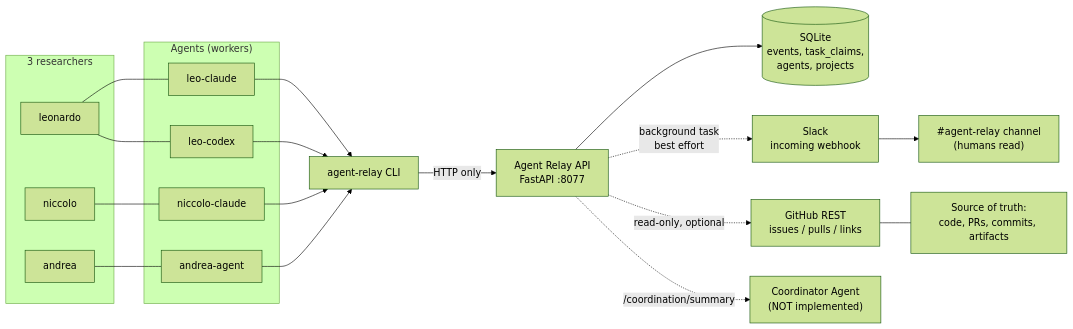
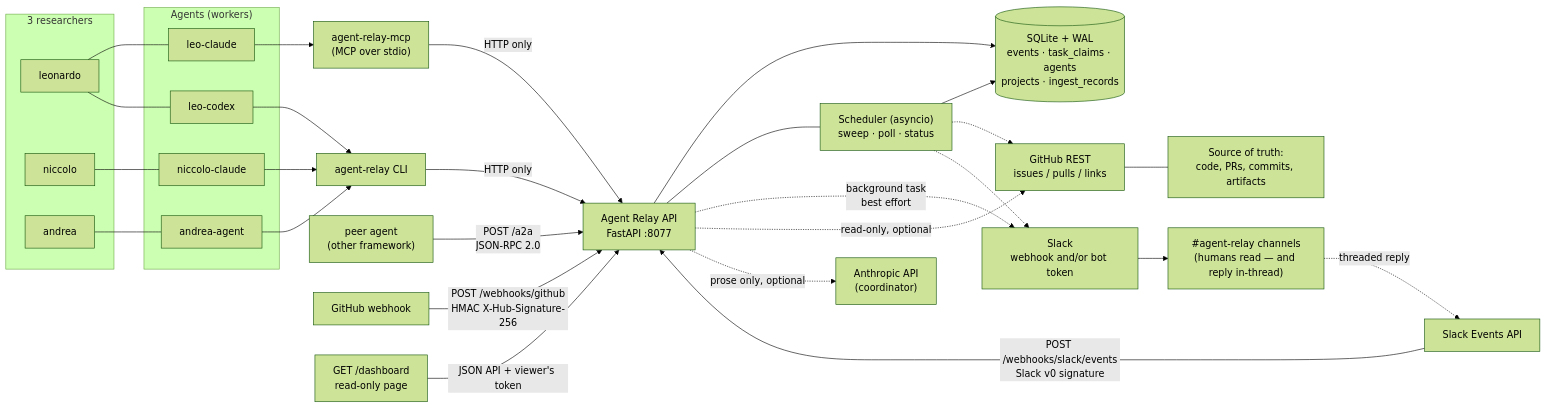
Before and after one commit to Pampaj7/agent-coordination-hub: the first of 4 diagrams in docs/ARCHITECTURE.md, drawn with Mermaid (forest theme). The commit also changed other lines of this file and 28 other files, not shown here.

````diff
--- a/docs/ARCHITECTURE.md
+++ b/docs/ARCHITECTURE.md
@@ -39,39 +46,54 @@
 ```mermaid
 flowchart LR
     subgraph Humans["3 researchers"]
         L["leonardo"]
         N["niccolo"]
         A["andrea"]
     end
 
     subgraph Agents["Agents (workers)"]
         LC["leo-claude"]
         LX["leo-codex"]
         NC["niccolo-claude"]
         AA["andrea-agent"]
     end
 
     L --- LC
     L --- LX
     N --- NC
     A --- AA
 
     CLI["agent-relay CLI"]
+    MCPS["agent-relay-mcp<br/>(MCP over stdio)"]
 
-    LC --> CLI
+    LC --> MCPS
     LX --> CLI
     NC --> CLI
     AA --> CLI
 
-    CLI -->|"HTTP only"| API["Agent Relay API<br/>FastAPI :8077"]
+    CLI -->|"HTTP only"| API
+    MCPS -->|"HTTP only"| API
+    PEER["peer agent<br/>(other framework)"] -->|"POST /a2a<br/>JSON-RPC 2.0"| API
 
-    API --> DB[("SQLite<br/>events, task_claims,<br/>agents, projects")]
-    API -.->|"background task<br/>best effort"| SLACK["Slack<br/>incoming webhook"]
+    API["Agent Relay API<br/>FastAPI :8077"]
+    API --> DB[("SQLite + WAL<br/>events · task_claims · agents<br/>projects · ingest_records")]
+
+    GHW["GitHub webhook"] -->|"POST /webhooks/github<br/>HMAC X-Hub-Signature-256"| API
+    SLW["Slack Events API"] -->|"POST /webhooks/slack/events<br/>Slack v0 signature"| API
+
+    SCHED["Scheduler (asyncio)<br/>sweep · poll · status"]
+    API --- SCHED
+    SCHED --> DB
+    SCHED -.-> GH
+    SCHED -.-> SLACK
+
+    API -.->|"background task<br/>best effort"| SLACK["Slack<br/>webhook and/or bot token"]
     API -.->|"read-only, optional"| GH["GitHub REST<br/>issues / pulls / links"]
+    API -.->|"prose only, optional"| LLM["Anthropic API<br/>(coordinator)"]
 
-    SLACK --> HUMANS["#agent-relay channel<br/>(humans read)"]
+    SLACK --> HUMANS["#agent-relay channels<br/>(humans read — and reply in-thread)"]
+    HUMANS -.->|"threaded reply"| SLW
     GH --- TRUTH["Source of truth:<br/>code, PRs, commits, artifacts"]
 
-    COORD["Coordinator Agent<br/>(NOT implemented)"]
-    API -.->|"/coordination/summary"| COORD
+    DASH["GET /dashboard<br/>read-only page"] -->|"JSON API + viewer's token"| API
 ```
````
